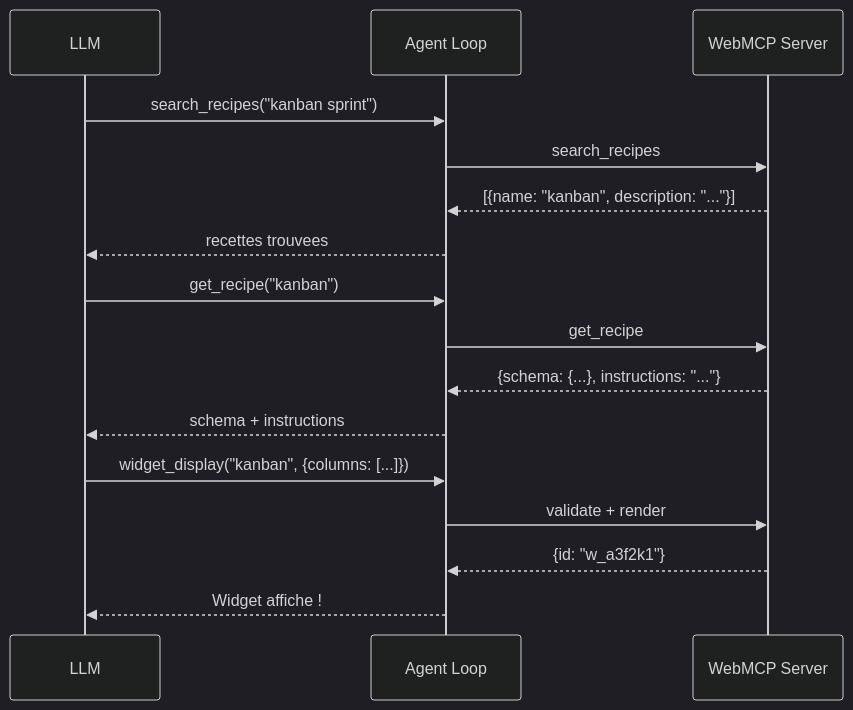
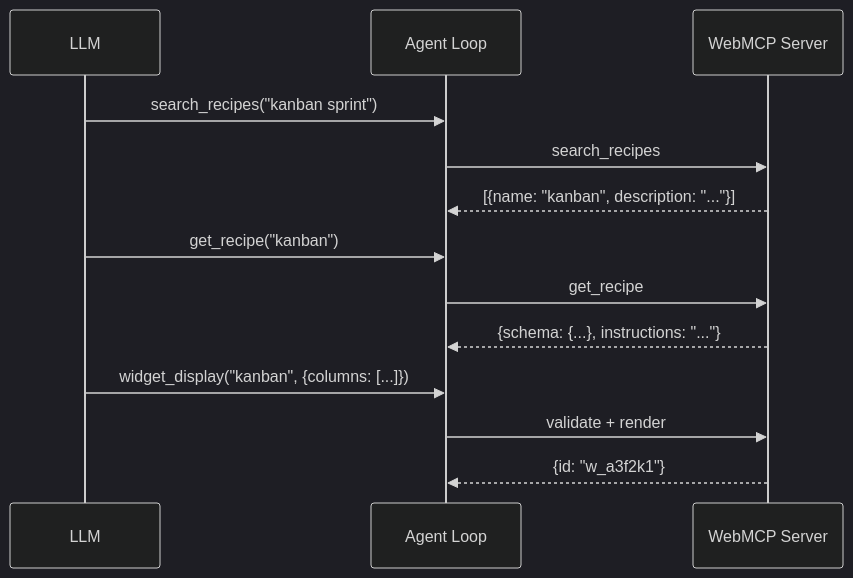
Before and after one commit to jeanbaptiste/webmcp-auto-ui: the third of 3 diagrams in docs/starlight/src/content/docs/tutorials/create-webmcp-server.mdx, drawn with Mermaid (dark theme). The commit also changed other lines of this file and 94 other files, not shown here.

````diff
--- a/docs/starlight/src/content/docs/tutorials/create-webmcp-server.mdx
+++ b/docs/starlight/src/content/docs/tutorials/create-webmcp-server.mdx
@@ -385,21 +338,18 @@
 ```mermaid
 sequenceDiagram
     participant LLM as LLM
     participant Agent as Agent Loop
     participant WS as WebMCP Server
 
     LLM->>Agent: search_recipes("kanban sprint")
     Agent->>WS: search_recipes
     WS-->>Agent: [{name: "kanban", description: "..."}]
-    Agent-->>LLM: recettes trouvees
 
     LLM->>Agent: get_recipe("kanban")
     Agent->>WS: get_recipe
     WS-->>Agent: {schema: {...}, instructions: "..."}
-    Agent-->>LLM: schema + instructions
 
     LLM->>Agent: widget_display("kanban", {columns: [...]})
     Agent->>WS: validate + render
     WS-->>Agent: {id: "w_a3f2k1"}
-    Agent-->>LLM: Widget affiche !
 ```
````
